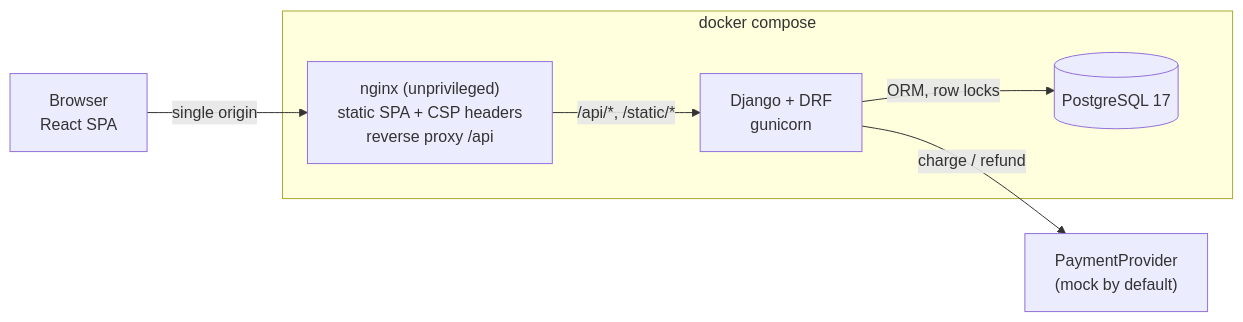
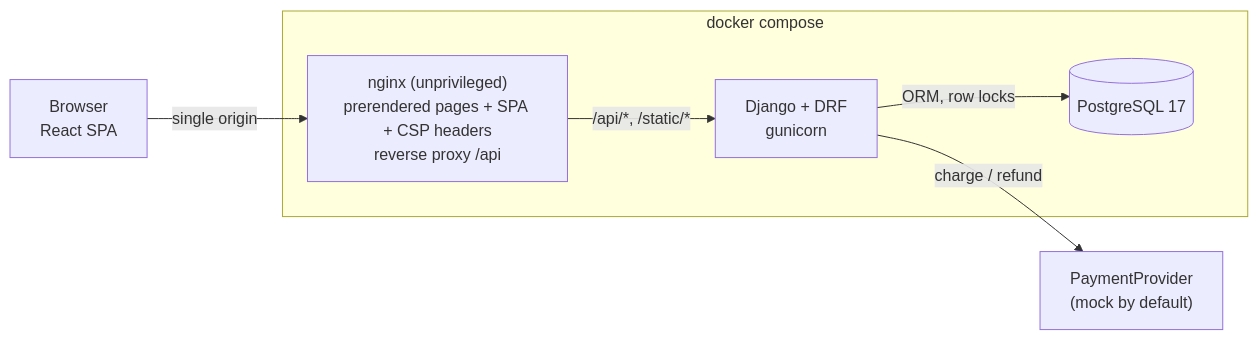
The first of 2 diagrams in README.md (Arya-9989/SecureCart-Cloud-Native-Security-Enhanced-eCommerce-Platform), drawn with Mermaid before and after one commit. The commit also changed other lines of this file and 3 other files, not shown here.

````diff
--- a/README.md
+++ b/README.md
@@ -65,17 +68,17 @@
 ```mermaid
 flowchart LR
     browser["Browser<br/>React SPA"]
 
     subgraph compose["docker compose"]
-        nginx["nginx (unprivileged)<br/>static SPA + CSP headers<br/>reverse proxy /api"]
+        nginx["nginx (unprivileged)<br/>prerendered pages + SPA + CSP headers<br/>reverse proxy /api"]
         api["Django + DRF<br/>gunicorn"]
         db[("PostgreSQL 17")]
     end
 
     payment["PaymentProvider<br/>(mock by default)"]
 
     browser -- "single origin" --> nginx
     nginx -- "/api/*, /static/*" --> api
     api -- "ORM, row locks" --> db
     api -- "charge / refund" --> payment
 ```
````
